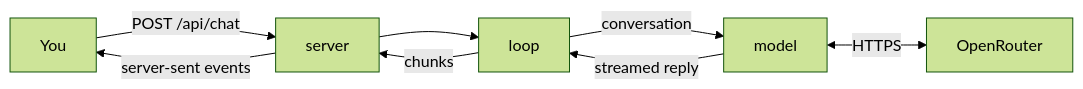
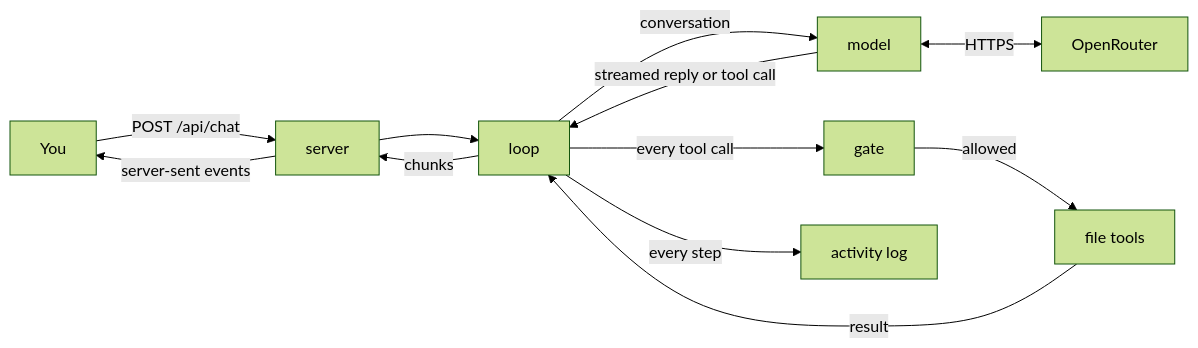
The diagram in README.md (umanggarg28/homunculus), drawn with Mermaid (forest theme) before and after one commit. The commit also changed other lines of this file and 15 other files, not shown here.

First line of the commit message:
Add file tools through the gate

````diff
--- a/README.md
+++ b/README.md
@@ -9,10 +9,14 @@
 ```mermaid
 flowchart LR
   You -->|POST /api/chat| server
   server --> loop
   loop -->|conversation| model
-  model -->|streamed reply| loop
+  model -->|streamed reply or tool call| loop
+  loop -->|every tool call| gate
+  gate -->|allowed| tools["file tools"]
+  tools -->|result| loop
+  loop -->|every step| activity["activity log"]
   loop -->|chunks| server
   server -->|server-sent events| You
   model <-->|HTTPS| OpenRouter
 ```
````
